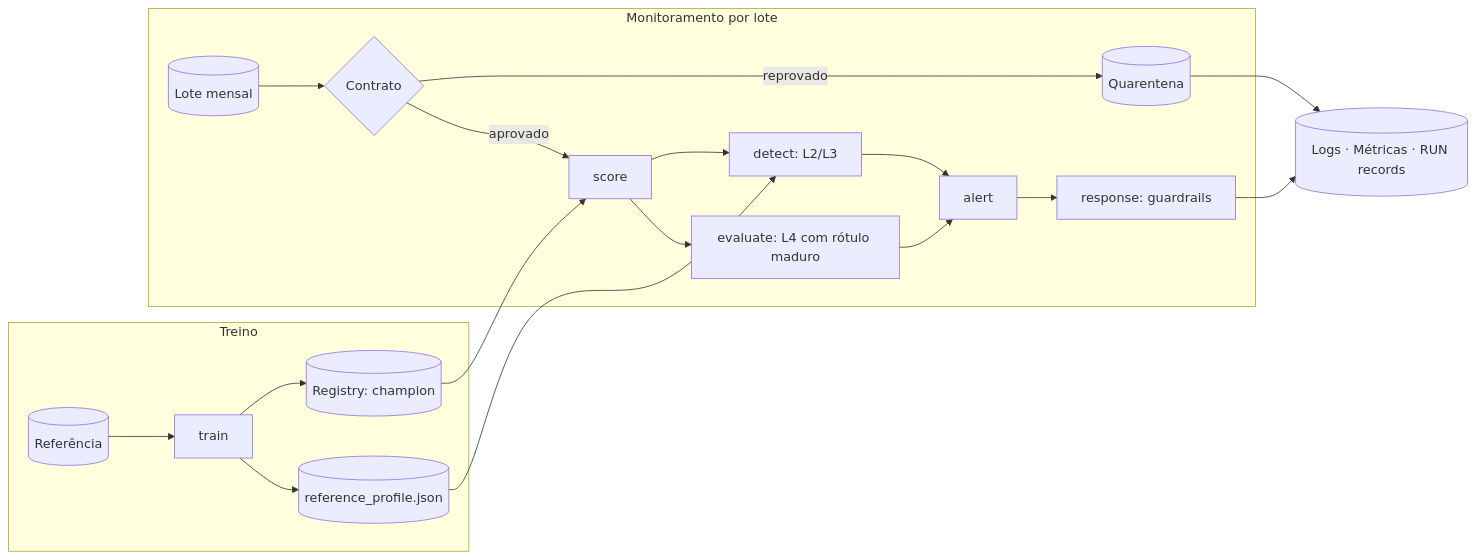
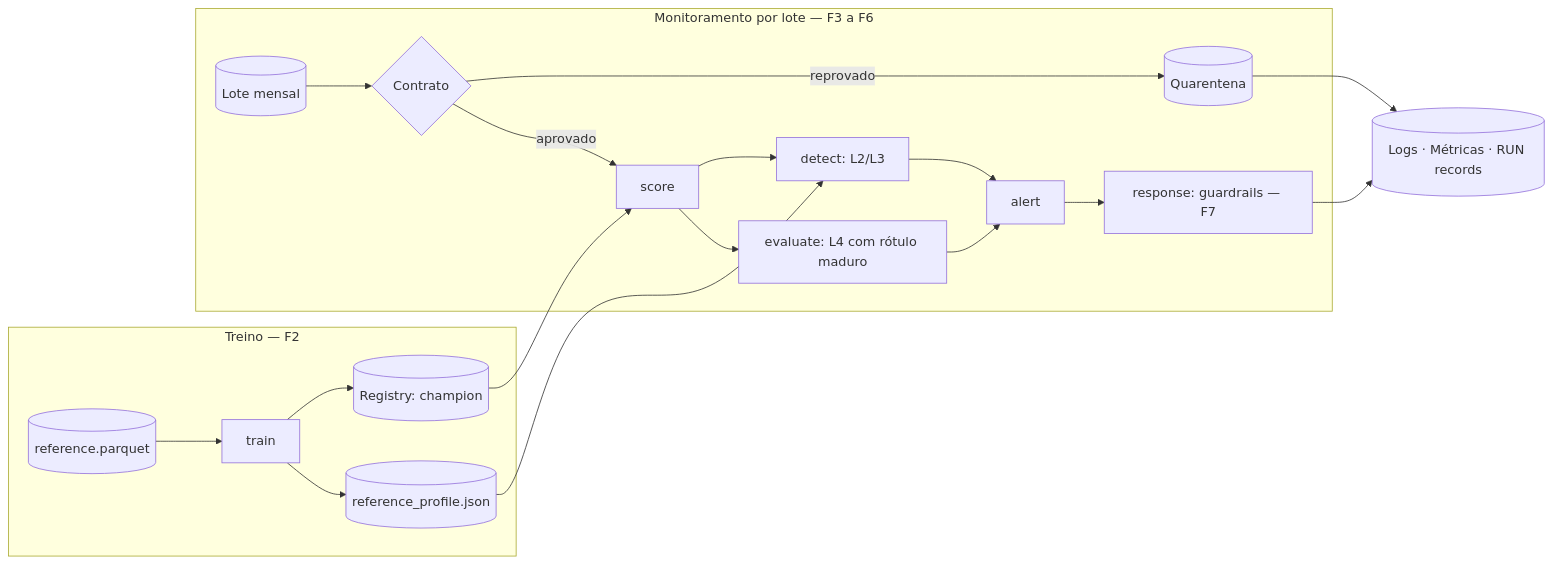
One commit to NycolasGarcia/Credit-Scoring-Drift-Monitoring changed the second of 2 diagrams in docs/ARCHITECTURE.md. Above: the diagram before and after it, drawn with Mermaid. The commit also changed other lines of this file and 2 other files, not shown here.

````diff
--- a/docs/ARCHITECTURE.md
+++ b/docs/ARCHITECTURE.md
@@ -11,21 +37,21 @@
 ```mermaid
 flowchart LR
-    subgraph Treino
-        R[(Referência)] --> T[train] --> M[(Registry: champion)]
+    subgraph Treino [Treino — F2]
+        R[(reference.parquet)] --> T[train] --> M[(Registry: champion)]
         T --> P[(reference_profile.json)]
     end
-    subgraph Monitoramento por lote
+    subgraph Monitoramento [Monitoramento por lote — F3 a F6]
         B[(Lote mensal)] --> V{Contrato}
         V -- reprovado --> Q[(Quarentena)]
         V -- aprovado --> S[score]
         S --> D[detect: L2/L3]
         S --> E[evaluate: L4 com rótulo maduro]
         D --> A[alert]
         E --> A
-        A --> G[response: guardrails]
+        A --> G[response: guardrails — F7]
     end
     M --> S
     P --> D
     G --> O[(Logs · Métricas · RUN records)]
     Q --> O
 ```
````
